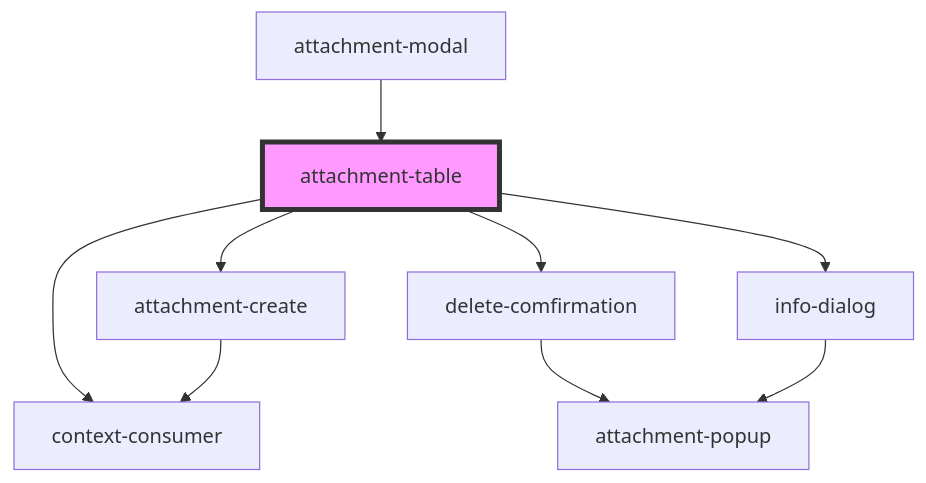
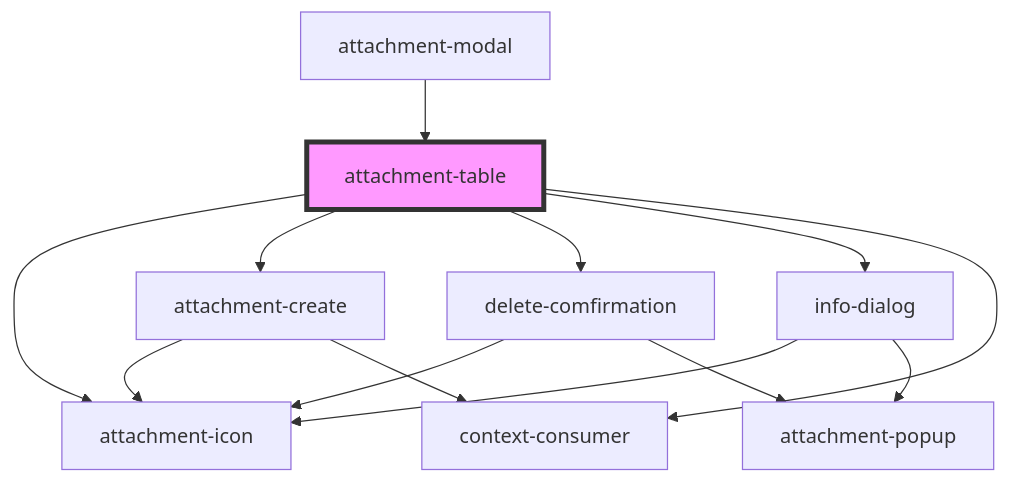
Before and after one commit to attachmentcore/attachment-core: the diagram in AttachmentSystem.Component/src/components/Table/readme.md, drawn with Mermaid. The commit also changed other lines of this file and 13 other files, not shown here.

````diff
--- a/AttachmentSystem.Component/src/components/Table/readme.md
+++ b/AttachmentSystem.Component/src/components/Table/readme.md
@@ -60,12 +61,16 @@
 ```mermaid
 graph TD;
+  attachment-table --> attachment-icon
   attachment-table --> attachment-create
   attachment-table --> delete-comfirmation
   attachment-table --> info-dialog
   attachment-table --> context-consumer
+  attachment-create --> attachment-icon
   attachment-create --> context-consumer
+  delete-comfirmation --> attachment-icon
   delete-comfirmation --> attachment-popup
+  info-dialog --> attachment-icon
   info-dialog --> attachment-popup
   attachment-modal --> attachment-table
   style attachment-table fill:#f9f,stroke:#333,stroke-width:4px
 ```
````
